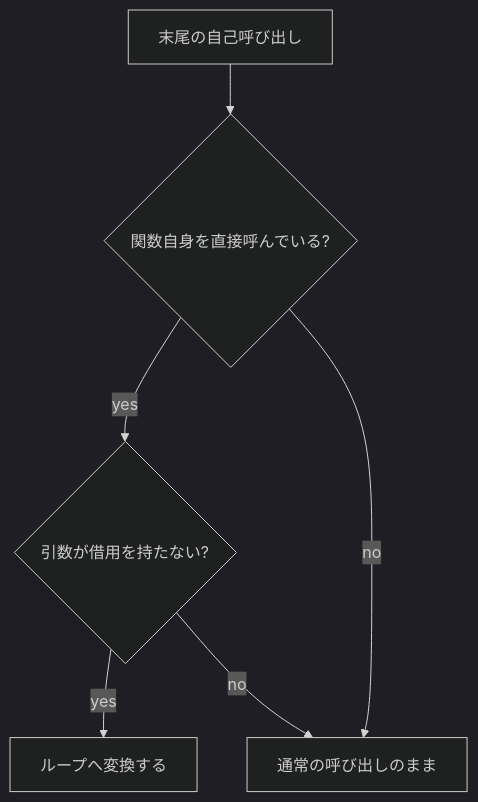
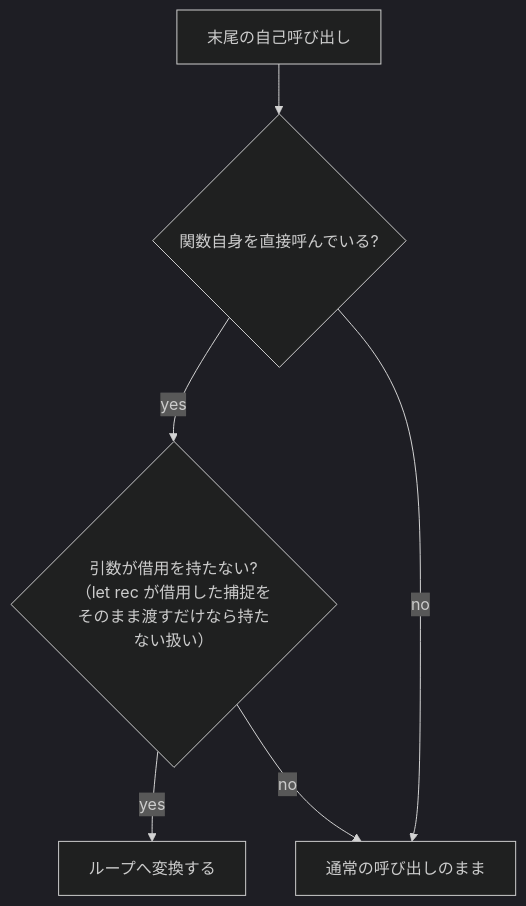
The diagram in _tsuzuri/language-reference/values-and-functions/functions.md (tatsuya-midorikawa/Tsuzuri), drawn with Mermaid (dark theme) before and after one commit. The commit also changed other lines of this file and 34 other files, not shown here.

````diff
--- a/_tsuzuri/language-reference/values-and-functions/functions.md
+++ b/_tsuzuri/language-reference/values-and-functions/functions.md
@@ -211,8 +211,8 @@
 ```mermaid
 flowchart TD
     call["末尾の自己呼び出し"] --> direct{"関数自身を直接呼んでいる?"}
-    direct -->|yes| loans{"引数が借用を持たない?"}
+    direct -->|yes| loans{"引数が借用を持たない?<br>（let rec が借用した捕捉を<br>そのまま渡すだけなら持たない扱い）"}
     loans -->|yes| loop["ループへ変換する"]
     loans -->|no| stack["通常の呼び出しのまま"]
     direct -->|no| stack
 ```
````
